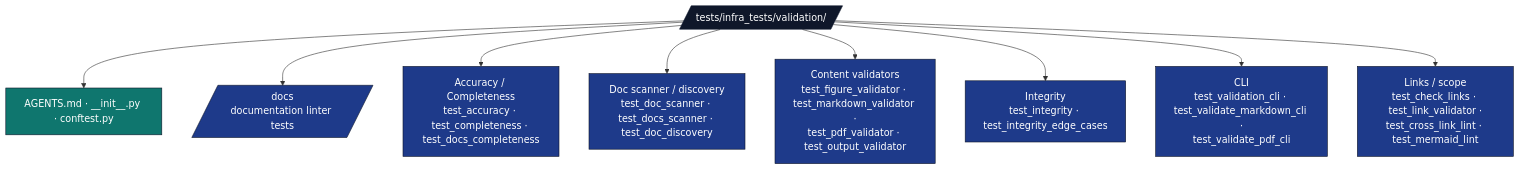
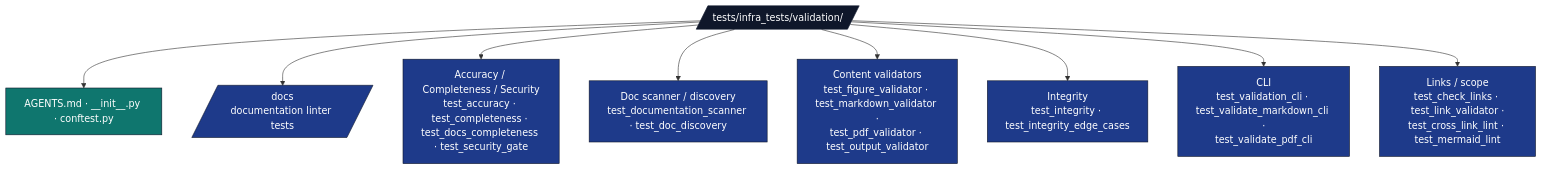
Before and after one commit to docxology/template: the diagram in tests/infra_tests/validation/AGENTS.md, drawn with Mermaid. The commit also changed other lines of this file and 128 other files, not shown here.

````diff
--- a/tests/infra_tests/validation/AGENTS.md
+++ b/tests/infra_tests/validation/AGENTS.md
@@ -9,19 +9,19 @@
 ```mermaid
 flowchart TB
     T[/tests/infra_tests/validation//]
     T --> META[AGENTS.md · __init__.py · conftest.py]
     T --> DOCS_DIR[/docs<br/>documentation linter tests/]
-    T --> CFG[Accuracy / Completeness<br/>test_accuracy · test_completeness · test_docs_completeness]
-    T --> DOC[Doc scanner / discovery<br/>test_doc_scanner · test_docs_scanner · test_doc_discovery]
+    T --> CFG[Accuracy / Completeness / Security<br/>test_accuracy · test_completeness · test_docs_completeness · test_security_gate]
+    T --> DOC[Doc scanner / discovery<br/>test_documentation_scanner · test_doc_discovery]
     T --> CONTENT[Content validators<br/>test_figure_validator · test_markdown_validator ·<br/>test_pdf_validator · test_output_validator]
     T --> INT[Integrity<br/>test_integrity · test_integrity_edge_cases]
     T --> CLI[CLI<br/>test_validation_cli · test_validate_markdown_cli ·<br/>test_validate_pdf_cli]
     T --> INTEG[Links / scope<br/>test_check_links · test_link_validator ·<br/>test_cross_link_lint · test_mermaid_lint]
 
     classDef d fill:#0f172a,stroke:#0f172a,color:#fff
     classDef cat fill:#1e3a8a,stroke:#0f172a,color:#fff
     classDef doc fill:#0f766e,stroke:#0f172a,color:#fff
     class T d
     class CFG,DOC,CONTENT,INT,CLI,INTEG,DOCS_DIR cat
     class META doc
 ```
````
